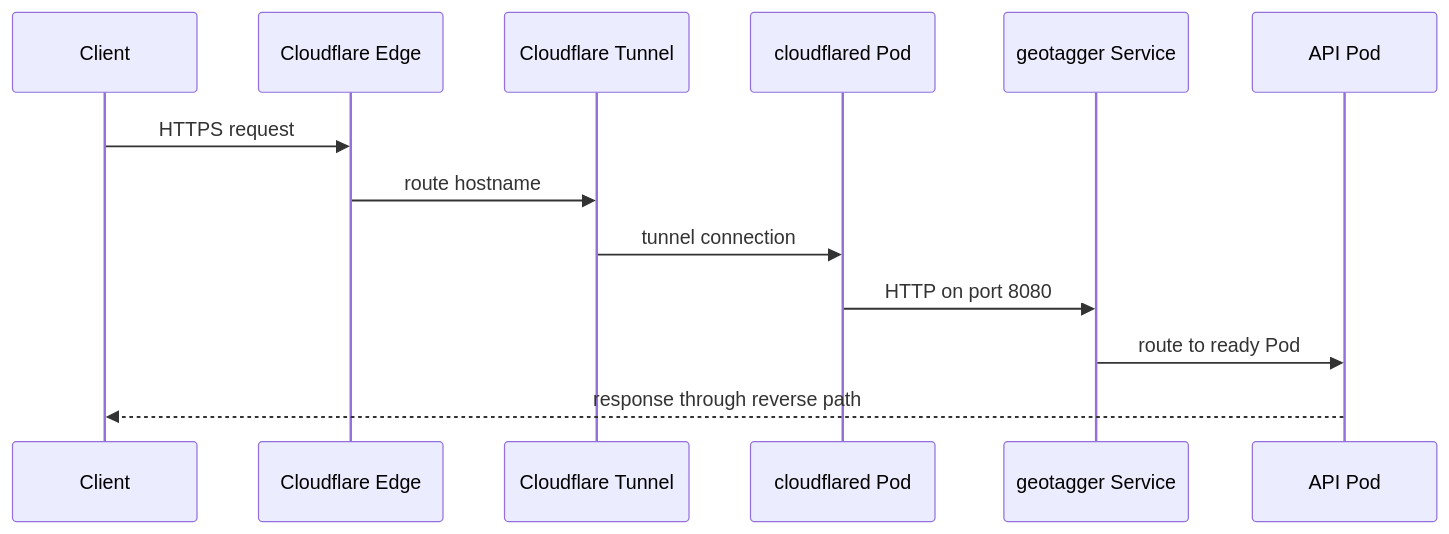
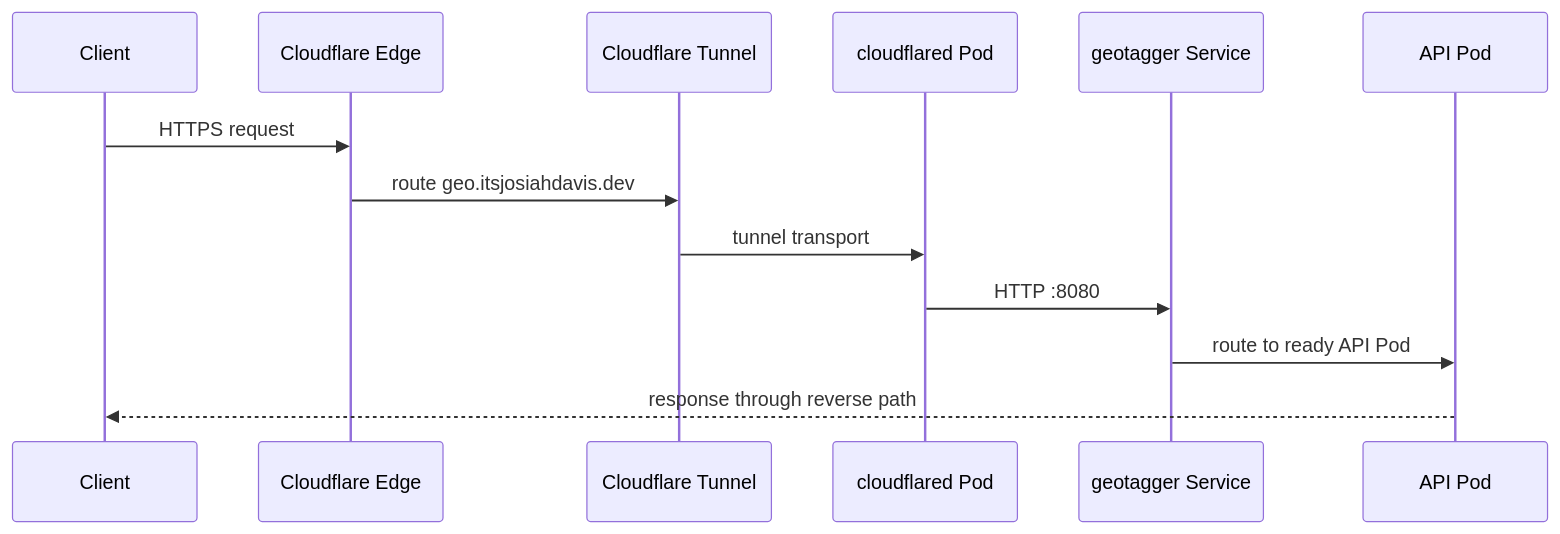
Before and after one commit to Jstarzz/geotagger: the fourth of 15 diagrams in docs/ARCHITECTURE.md, drawn with Mermaid. The commit also changed other lines of this file, not shown here.

Commit message:
docs: update architecture for City and ASN intelligence

````diff
--- a/docs/ARCHITECTURE.md
+++ b/docs/ARCHITECTURE.md
@@ -78,15 +90,15 @@
 ```mermaid
 sequenceDiagram
     participant C as Client
     participant E as Cloudflare Edge
     participant T as Cloudflare Tunnel
     participant D as cloudflared Pod
     participant S as geotagger Service
     participant A as API Pod
     C->>E: HTTPS request
-    E->>T: route hostname
-    T->>D: tunnel connection
-    D->>S: HTTP on port 8080
-    S->>A: route to ready Pod
+    E->>T: route geo.itsjosiahdavis.dev
+    T->>D: tunnel transport
+    D->>S: HTTP :8080
+    S->>A: route to ready API Pod
     A-->>C: response through reverse path
 ```
````
